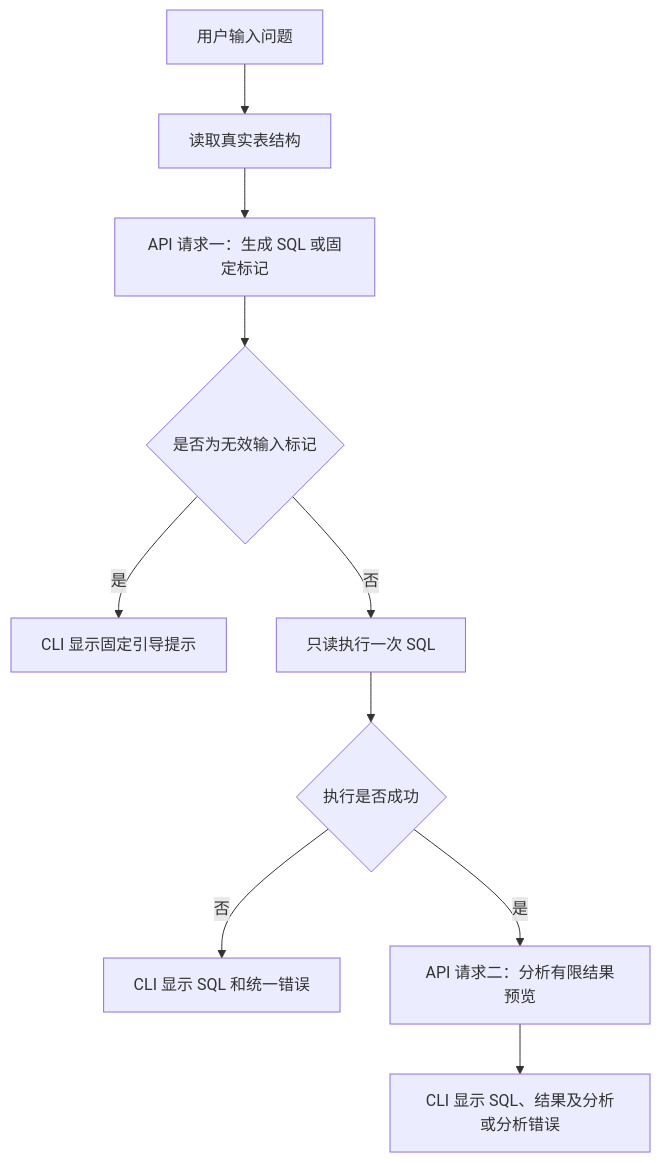
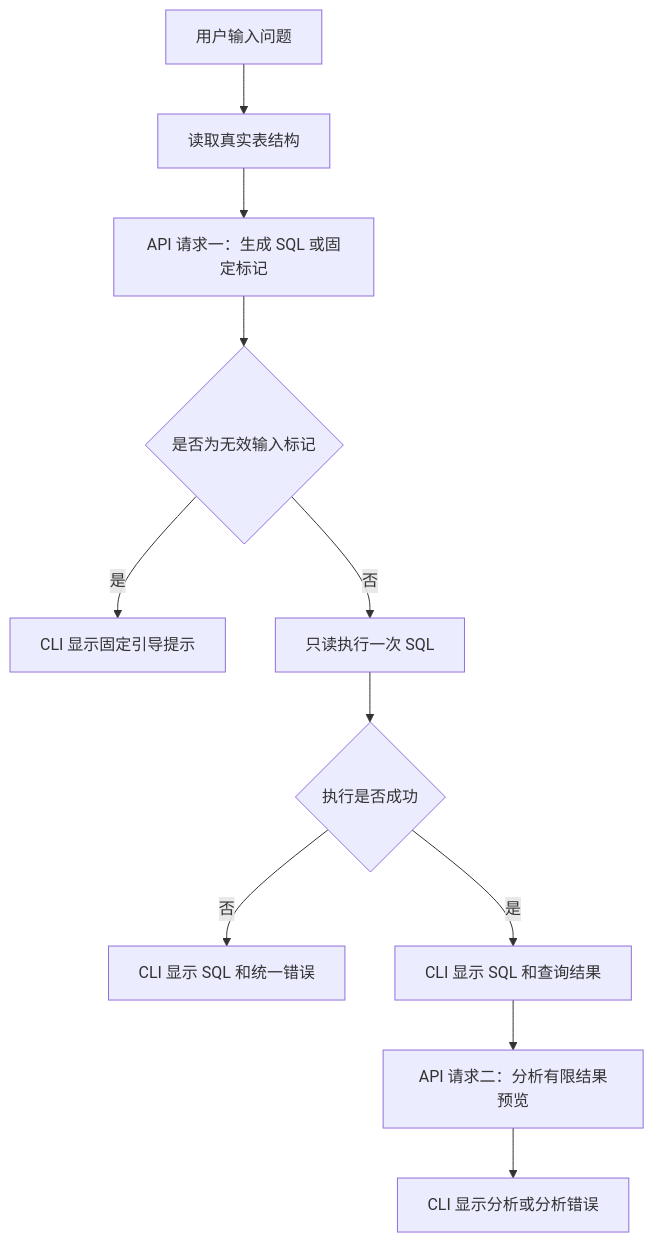
The diagram in docs/design-and-implementation.md (Lx6uo/agentic-text2sql-cpp), drawn with Mermaid before and after one commit. The commit also changed other lines of this file and 14 other files, not shown here.

````diff
--- a/docs/design-and-implementation.md
+++ b/docs/design-and-implementation.md
@@ -15,12 +15,13 @@
 ```mermaid
 flowchart TD
     A[用户输入问题] --> B[读取真实表结构]
     B --> C[API 请求一：生成 SQL 或固定标记]
     C --> D{是否为无效输入标记}
     D -->|是| E[CLI 显示固定引导提示]
     D -->|否| F[只读执行一次 SQL]
     F --> G{执行是否成功}
     G -->|否| H[CLI 显示 SQL 和统一错误]
-    G -->|是| I[API 请求二：分析有限结果预览]
-    I --> J[CLI 显示 SQL、结果及分析或分析错误]
+    G -->|是| I[CLI 显示 SQL 和查询结果]
+    I --> J[API 请求二：分析有限结果预览]
+    J --> K[CLI 显示分析或分析错误]
 ```
````
